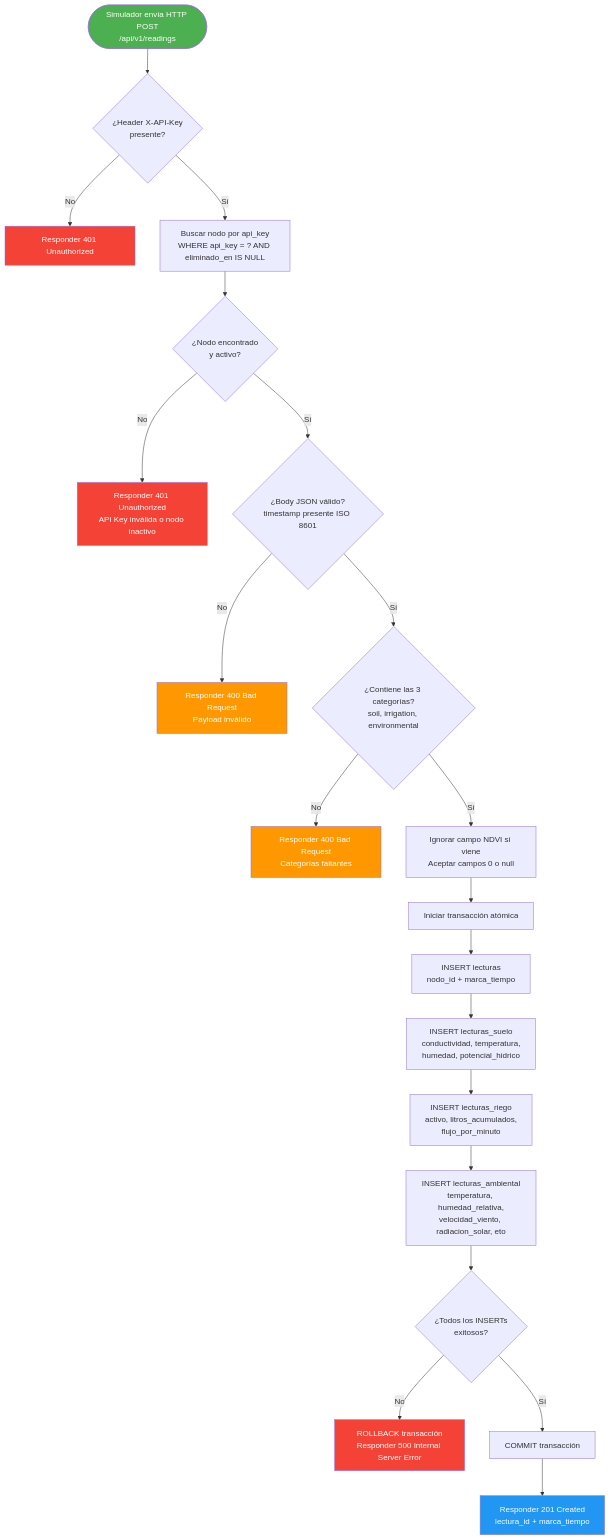
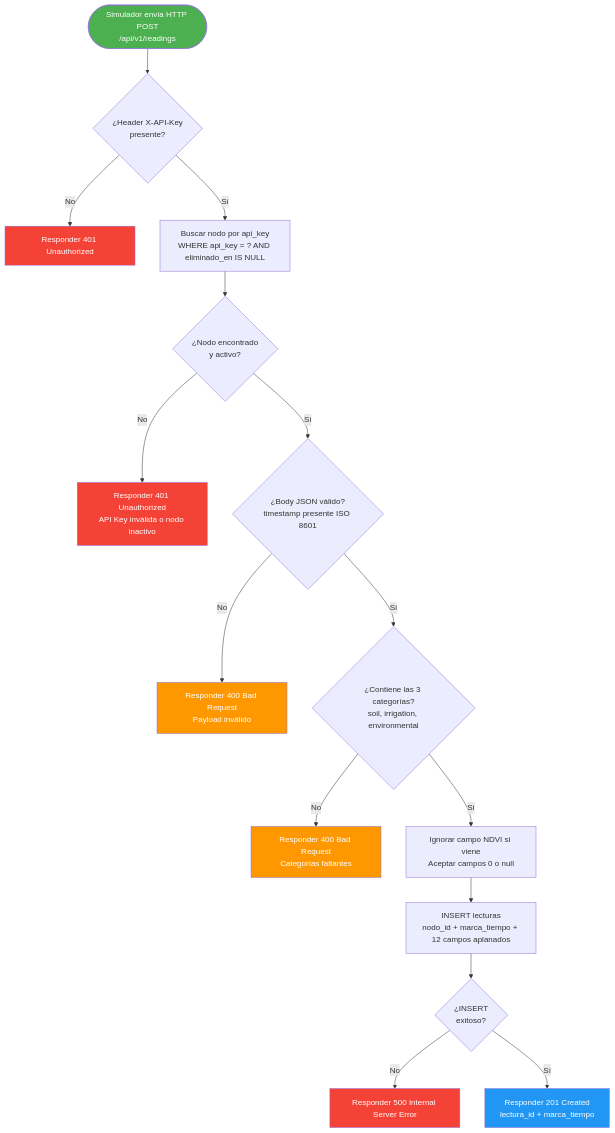
One commit to Alanzphy/IoT_Sensors changed the first of 9 diagrams in .agent/agente_diagramas.md. Above: the diagram before and after it, drawn with Mermaid. The commit also changed 17 other files, not shown here.

Commit message:
refactor: flatten database schema for sensor readings and optimize queries

````diff
--- a/.agent/agente_diagramas.md
+++ b/.agent/agente_diagramas.md
@@ -50,30 +50,25 @@
 ```mermaid
 flowchart TD
     A([Simulador envía HTTP POST<br>/api/v1/readings]) --> B{¿Header X-API-Key<br>presente?}
     B -- No --> C[Responder 401 Unauthorized]
     B -- Sí --> D[Buscar nodo por api_key<br>WHERE api_key = ? AND eliminado_en IS NULL]
     D --> E{¿Nodo encontrado<br>y activo?}
     E -- No --> F[Responder 401 Unauthorized<br>API Key inválida o nodo inactivo]
     E -- Sí --> G{¿Body JSON válido?<br>timestamp presente ISO 8601}
     G -- No --> H[Responder 400 Bad Request<br>Payload inválido]
     G -- Sí --> I{¿Contiene las 3 categorías?<br>soil, irrigation, environmental}
     I -- No --> J[Responder 400 Bad Request<br>Categorías faltantes]
     I -- Sí --> K[Ignorar campo NDVI si viene<br>Aceptar campos 0 o null]
-    K --> L[Iniciar transacción atómica]
-    L --> M[INSERT lecturas<br>nodo_id + marca_tiempo]
-    M --> N[INSERT lecturas_suelo<br>conductividad, temperatura,<br>humedad, potencial_hidrico]
-    N --> O[INSERT lecturas_riego<br>activo, litros_acumulados,<br>flujo_por_minuto]
-    O --> P[INSERT lecturas_ambiental<br>temperatura, humedad_relativa,<br>velocidad_viento, radiacion_solar, eto]
-    P --> Q{¿Todos los INSERTs<br>exitosos?}
-    Q -- No --> R[ROLLBACK transacción<br>Responder 500 Internal Server Error]
-    Q -- Sí --> S[COMMIT transacción]
-    S --> T[Responder 201 Created<br>lectura_id + marca_tiempo]
+    K --> M[INSERT lecturas<br>nodo_id + marca_tiempo + 12 campos aplanados]
+    M --> Q{¿INSERT<br>exitoso?}
+    Q -- No --> R[Responder 500 Internal Server Error]
+    Q -- Sí --> T[Responder 201 Created<br>lectura_id + marca_tiempo]
 
     style A fill:#4CAF50,color:#fff
     style C fill:#f44336,color:#fff
     style F fill:#f44336,color:#fff
     style H fill:#ff9800,color:#fff
     style J fill:#ff9800,color:#fff
     style R fill:#f44336,color:#fff
     style T fill:#2196F3,color:#fff
 ```
````
